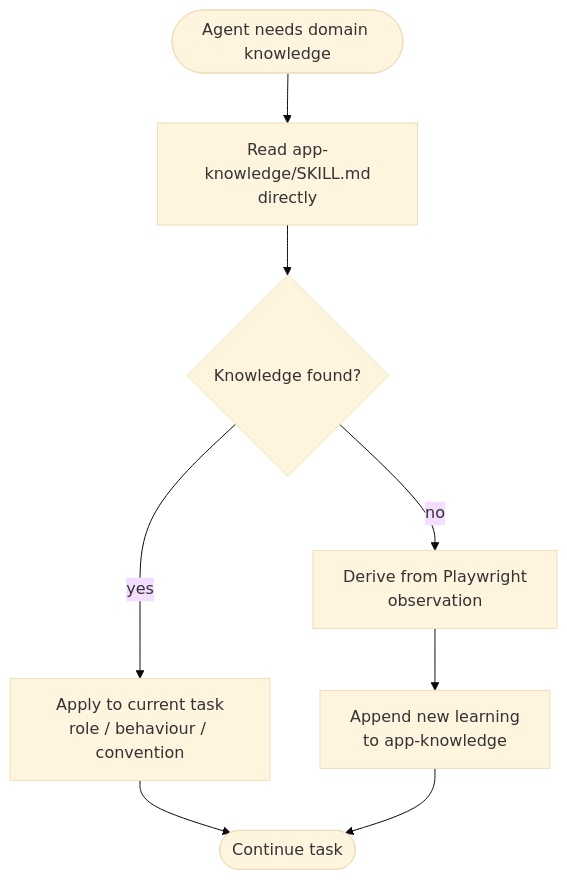
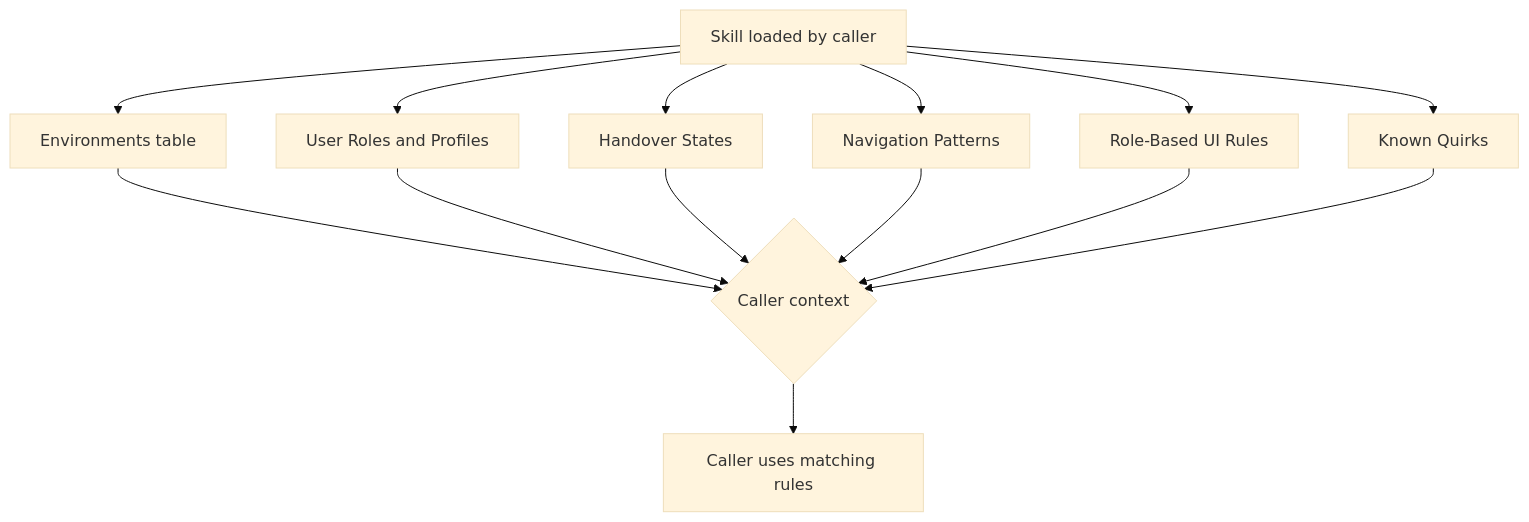
One commit to willard-pro/claude-plugins changed the diagram in ticket-auto-pipeline/docs/skills/app-knowledge.md. Above: the diagram before and after it, drawn with Mermaid (base theme). The commit also changed other lines of this file and 39 other files, not shown here.

````diff
--- a/ticket-auto-pipeline/docs/skills/app-knowledge.md
+++ b/ticket-auto-pipeline/docs/skills/app-knowledge.md
@@ -35,10 +29,16 @@
 ```mermaid
 flowchart TD
-    A([Agent needs domain knowledge]) --> B[Read app-knowledge/SKILL.md\ndirectly]
-    B --> C{Knowledge found?}
-    C -- yes --> D[Apply to current task\nrole / behaviour / convention]
-    C -- no --> E[Derive from Playwright\nobservation]
-    E --> F[Append new learning\nto app-knowledge]
-    D --> G([Continue task])
-    F --> G
+    A[Skill loaded by caller] --> B[Environments table]
+    A --> C[User Roles and Profiles]
+    A --> D[Handover States]
+    A --> E[Navigation Patterns]
+    A --> F[Role-Based UI Rules]
+    A --> G[Known Quirks]
+    B --> H{Caller context}
+    C --> H
+    D --> H
+    E --> H
+    F --> H
+    G --> H
+    H --> I[Caller uses matching rules]
 ```
````
